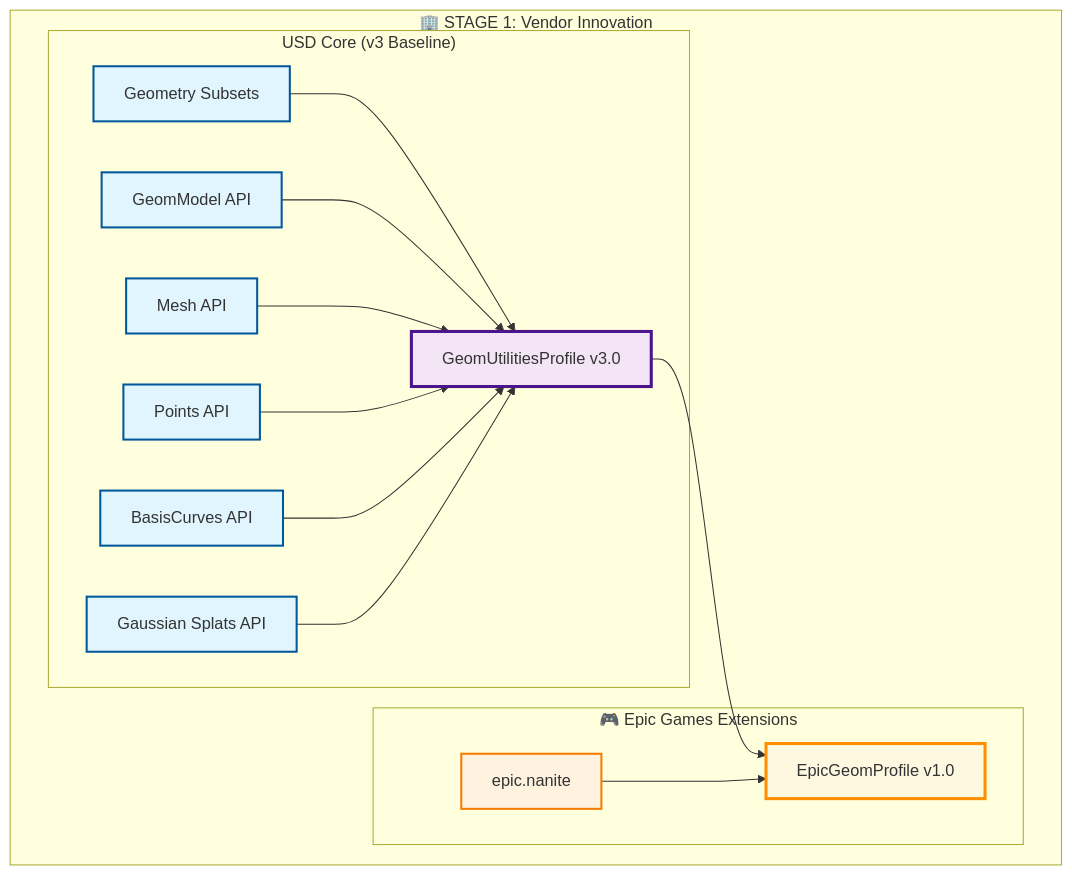
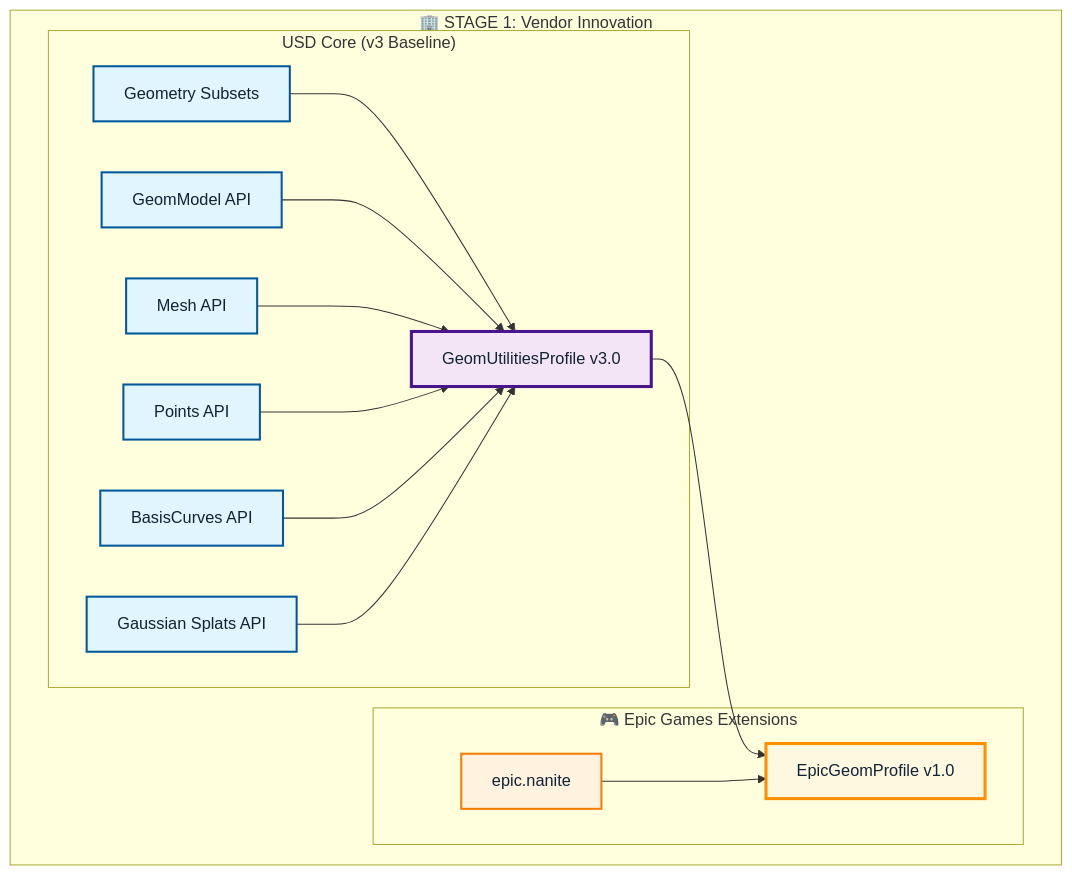
The second of 8 diagrams in proposals/profiles/README.md (PixarAnimationStudios/OpenUSD-proposals), drawn with Mermaid before and after one commit. The commit also changed other lines of this file, not shown here.

Commit message:
make mermaid text legible

````diff
--- a/proposals/profiles/README.md
+++ b/proposals/profiles/README.md
@@ -581,42 +581,42 @@
 ```mermaid
 graph TD
     subgraph VendorStage["🏢 STAGE 1: Vendor Innovation"]
         subgraph V1_Core["USD Core (v3 Baseline)"]
             V1_GeomUtilities[GeomUtilitiesProfile v3.0]
             V1_Gaussian[Gaussian Splats API]
             V1_GeomSubset[Geometry Subsets]
             V1_GeomModelAPI[GeomModel API]
             V1_MeshAPI[Mesh API]
             V1_PointsAPI[Points API]
             V1_BasisCurvesAPI[BasisCurves API]
         end
         
         subgraph V1_Epic["🎮 Epic Games Extensions"]
             V1_EpicNanite[epic.nanite]
             V1_EpicProfile[EpicGeomProfile v1.0]
         end
         
         %% Core profile composition
         V1_GeomSubset --> V1_GeomUtilities
         V1_GeomModelAPI --> V1_GeomUtilities
         V1_MeshAPI --> V1_GeomUtilities
         V1_PointsAPI --> V1_GeomUtilities
         V1_BasisCurvesAPI --> V1_GeomUtilities
         V1_Gaussian --> V1_GeomUtilities
         
         %% Epic profile inherits from core + adds Nanite
         V1_GeomUtilities --> V1_EpicProfile
         V1_EpicNanite --> V1_EpicProfile
     end
 
     %% Styling
-    classDef coreCapability fill:#e1f5fe,stroke:#01579b,stroke-width:2px
-    classDef vendorCapability fill:#fff3e0,stroke:#f57c00,stroke-width:2px
-    classDef coreProfile fill:#f3e5f5,stroke:#4a148c,stroke-width:3px
-    classDef vendorProfile fill:#fff8e1,stroke:#ff8f00,stroke-width:3px
+    classDef coreCapability fill:#e1f5fe,stroke:#01579b,stroke-width:2px,color:#112233
+    classDef vendorCapability fill:#fff3e0,stroke:#f57c00,stroke-width:2px,color:#112233
+    classDef coreProfile fill:#f3e5f5,stroke:#4a148c,stroke-width:3px,color:#112233
+    classDef vendorProfile fill:#fff8e1,stroke:#ff8f00,stroke-width:3px,color:#112233
     
     class V1_GeomSubset,V1_GeomModelAPI,V1_MeshAPI,V1_PointsAPI,V1_BasisCurvesAPI,V1_Gaussian coreCapability
     class V1_EpicNanite vendorCapability
     class V1_GeomUtilities coreProfile
     class V1_EpicProfile vendorProfile
 ```
````
